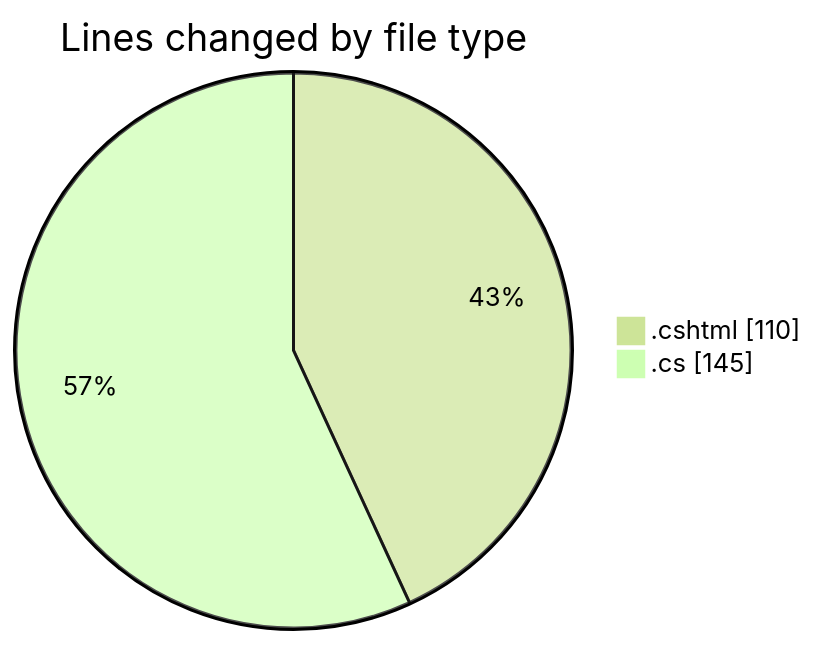
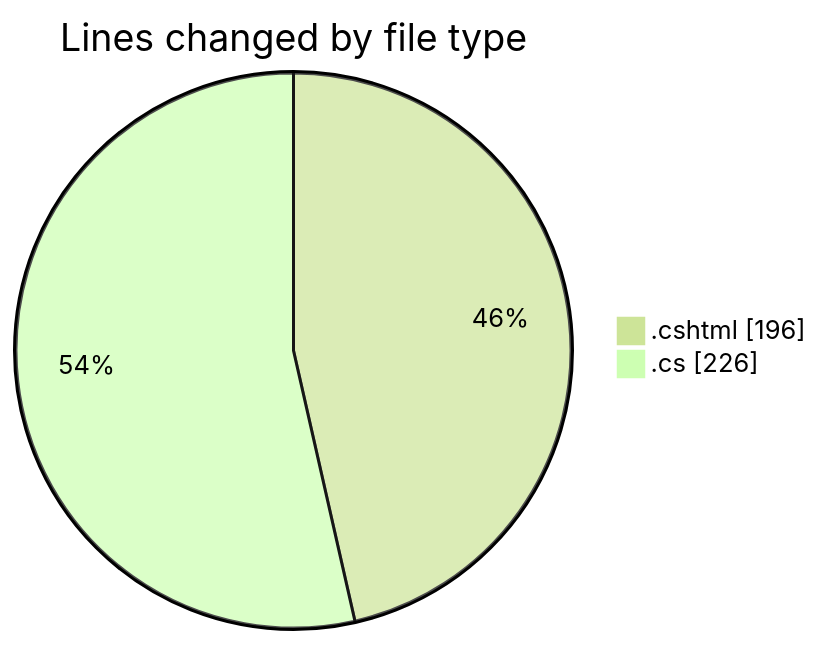
The first of 2 diagrams in 2025-07-17/nhahang/README.md (lephambinh05/code-tracking), drawn with Mermaid (forest theme) before and after one commit. The commit also changed other lines of this file and 1 other file, not shown here.

````diff
--- a/2025-07-17/nhahang/README.md
+++ b/2025-07-17/nhahang/README.md
@@ -24,6 +27,6 @@
 ```mermaid
 pie showData
 title Lines changed by file type
-".cshtml" : 110
-".cs" : 145
+".cshtml" : 196
+".cs" : 226
 ```
````
